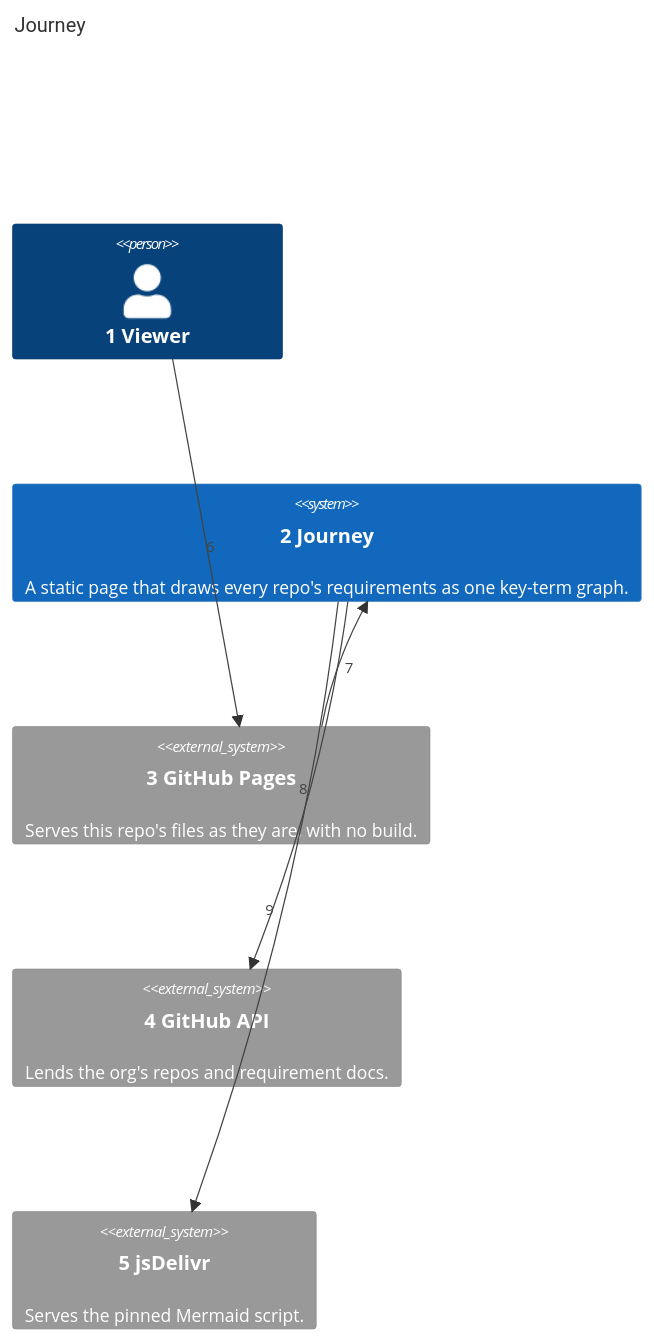
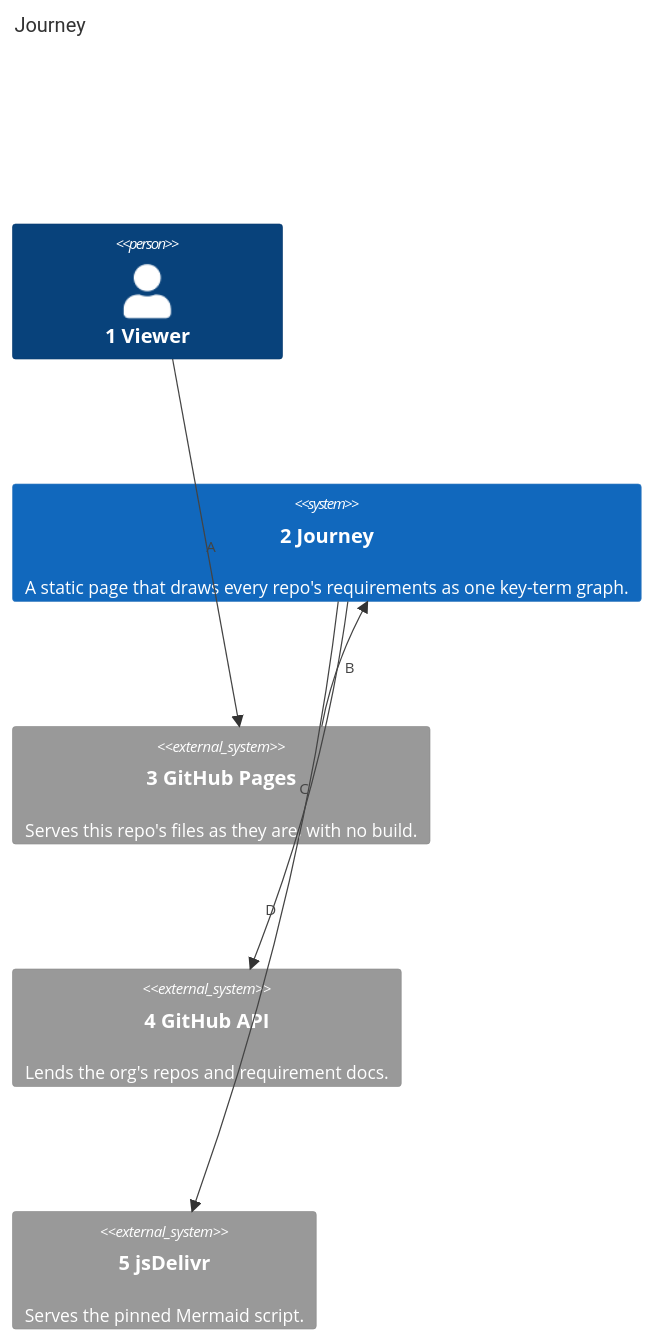
The first of 2 diagrams in docs/architecture/01-system-context.md (may-journal/journey), drawn with Mermaid before and after one commit. The commit also changed other lines of this file and 4 other files, not shown here.

First line of the commit message:
docs(architecture): connector callouts are letters (#15)

````diff
--- a/docs/architecture/01-system-context.md
+++ b/docs/architecture/01-system-context.md
@@ -7,15 +7,15 @@
 ```mermaid
 C4Context
     title Journey
 
     Person(viewer, "1 Viewer")
     System(journey, "2 Journey", "A static page that draws every repo's requirements as one key-term graph.")
     System_Ext(pages, "3 GitHub Pages", "Serves this repo's files as they are, with no build.")
     System_Ext(github, "4 GitHub API", "Lends the org's repos and requirement docs.")
     System_Ext(cdn, "5 jsDelivr", "Serves the pinned Mermaid script.")
 
-    Rel(viewer, pages, "6")
-    Rel(pages, journey, "7")
-    Rel(journey, github, "8")
-    Rel(journey, cdn, "9")
+    Rel(viewer, pages, "A")
+    Rel(pages, journey, "B")
+    Rel(journey, github, "C")
+    Rel(journey, cdn, "D")
 ```
````
